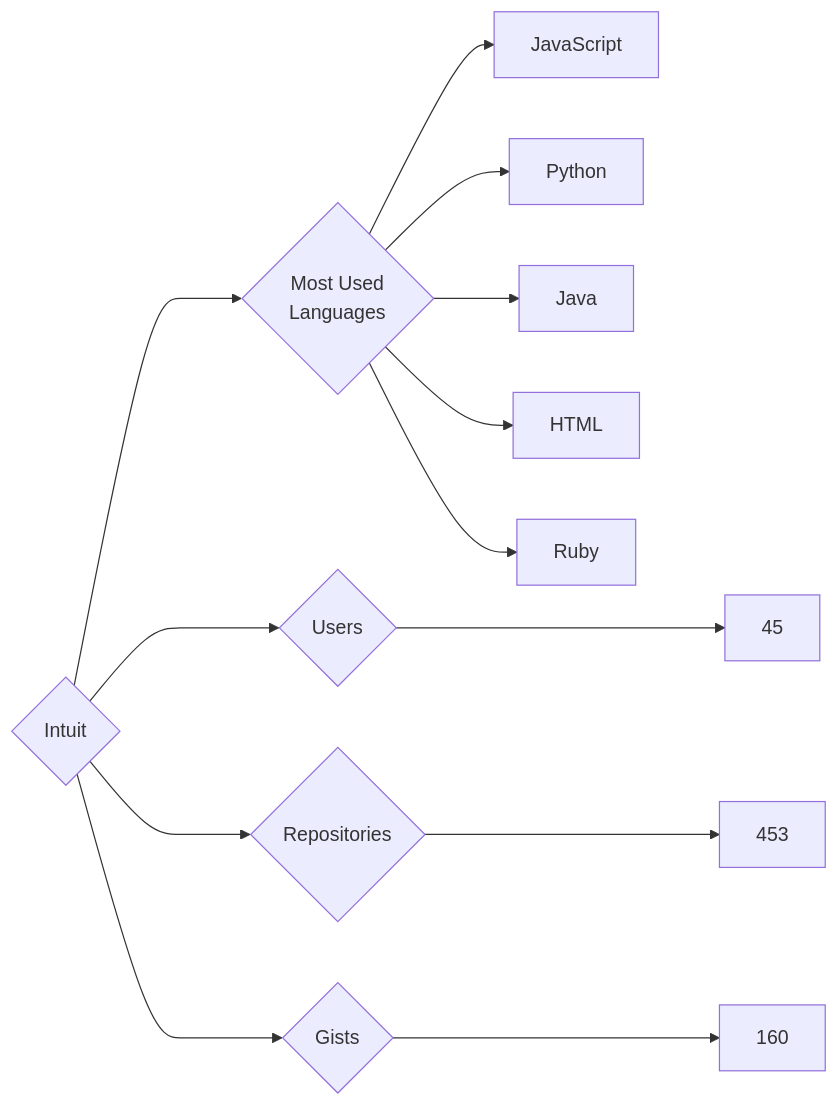
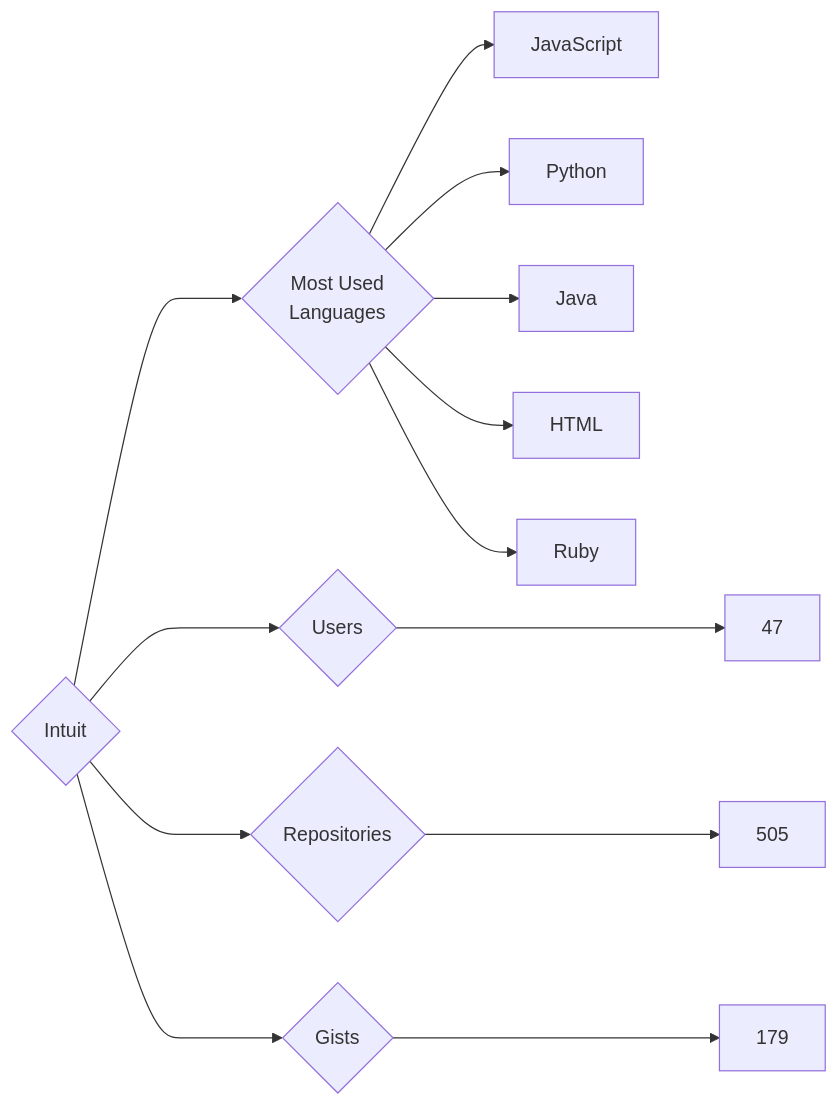
The diagram in targets/Intuit/README.md (trickest/insiders), drawn with Mermaid before and after one commit. The commit also changed 925 other files, not shown here.

````diff
--- a/targets/Intuit/README.md
+++ b/targets/Intuit/README.md
@@ -3,13 +3,13 @@
 ```mermaid
 graph LR
 COMPANY_NAME{Intuit}
-COMPANY_NAME ---> U{Users} ---> UN[45]
-COMPANY_NAME ---> R{Repositories} ---> RN[453]
-COMPANY_NAME ---> G{Gists} ---> GN[160]
+COMPANY_NAME ---> U{Users} ---> UN[47]
+COMPANY_NAME ---> R{Repositories} ---> RN[505]
+COMPANY_NAME ---> G{Gists} ---> GN[179]
 COMPANY_NAME ---> ML{Most Used<br>Languages}
 ML --> JavaScript[JavaScript]
 ML --> Python[Python]
 ML --> Java[Java]
 ML --> HTML[HTML]
 ML --> Ruby[Ruby]
 ```
````
